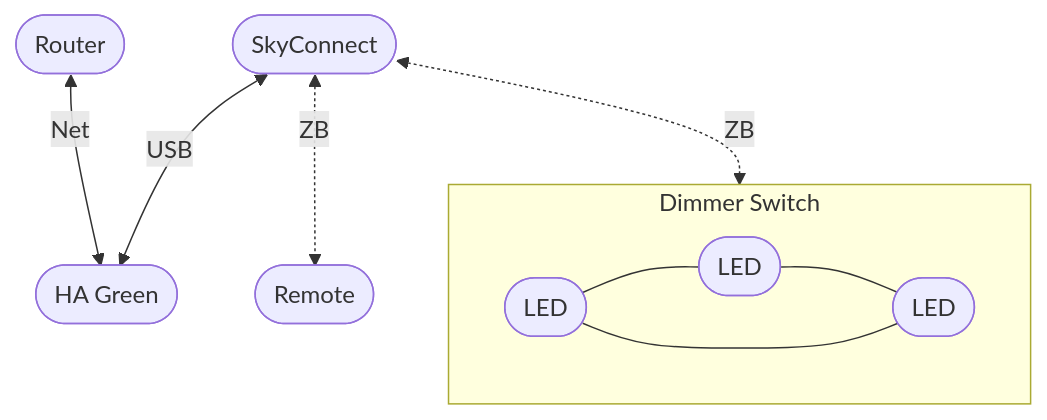
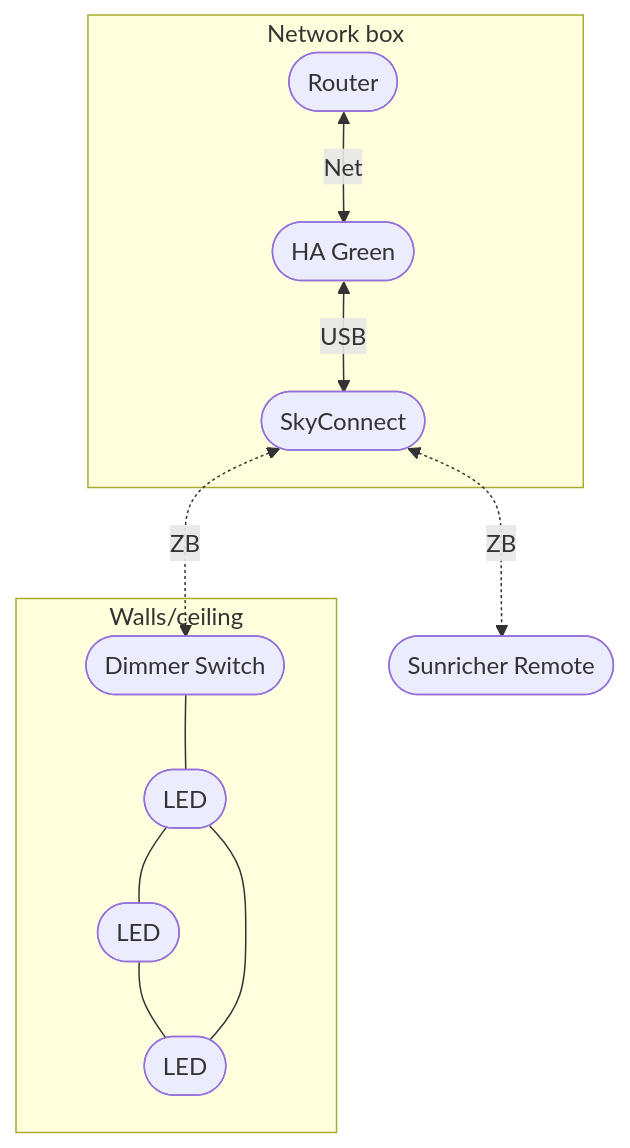
Before and after one commit to freenandes/topo-da-mente: the diagram in content/note/connected-home-switches.md, drawn with Mermaid.

Commit message:
Dec 14, 2023, 10:29 PM

````diff
--- a/content/note/connected-home-switches.md
+++ b/content/note/connected-home-switches.md
@@ -53,13 +53,18 @@
 ```mermaid
 flowchart TB
-iro([Router]) <--Net--> has
-has([HA Green])
-sky([SkyConnect]) <--USB--> has
-sky <-.ZB.-> szr([Remote])
-sky <-.ZB.-> zds
-subgraph zds[Dimmer Switch]
+subgraph nwb[Network box]
+    iro([Router]) <--Net-->
+    has([HA Green]) <--USB-->
+    sky([SkyConnect])
+end
+
+
+sky <-.ZB.-> szr([Sunricher Remote])
+sky <-.ZB.-> dsw
+subgraph con[Walls/ceiling]
+    dsw([Dimmer Switch]) ---
     ll1([LED]) ---
     ll2([LED]) ---
     ll3([LED]) --- ll1
 end 
 ```
````
